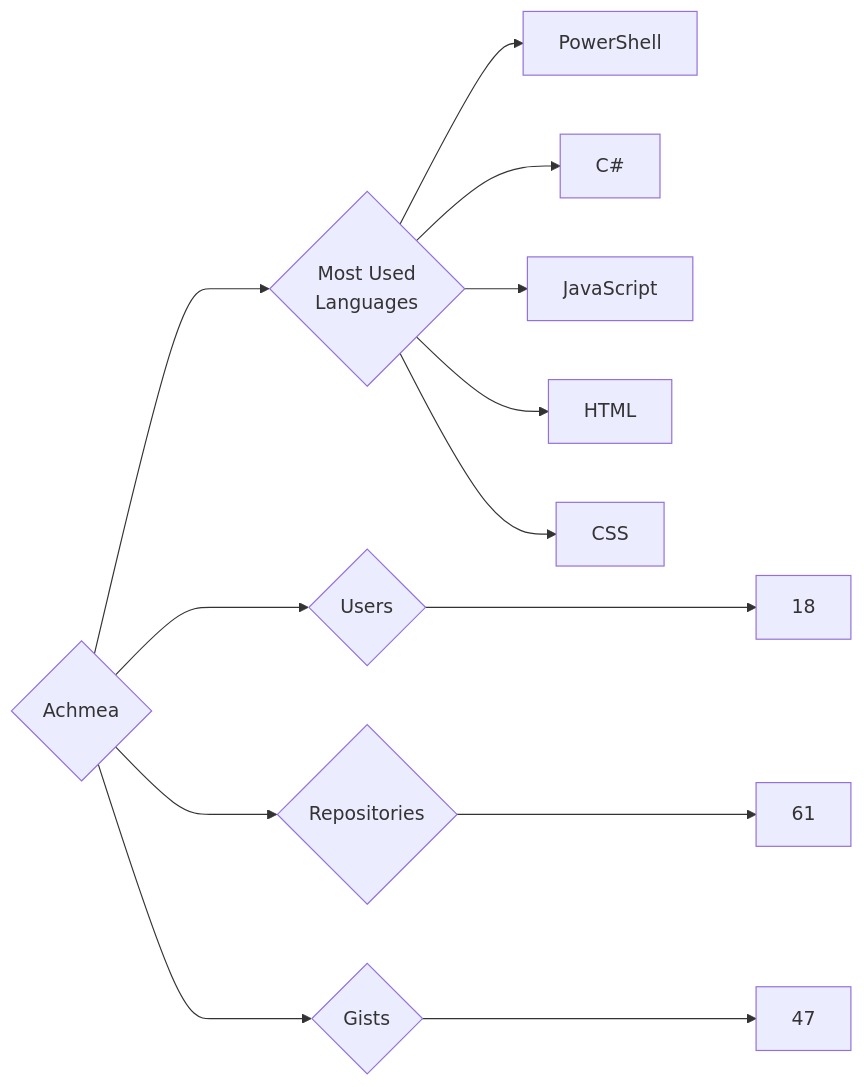
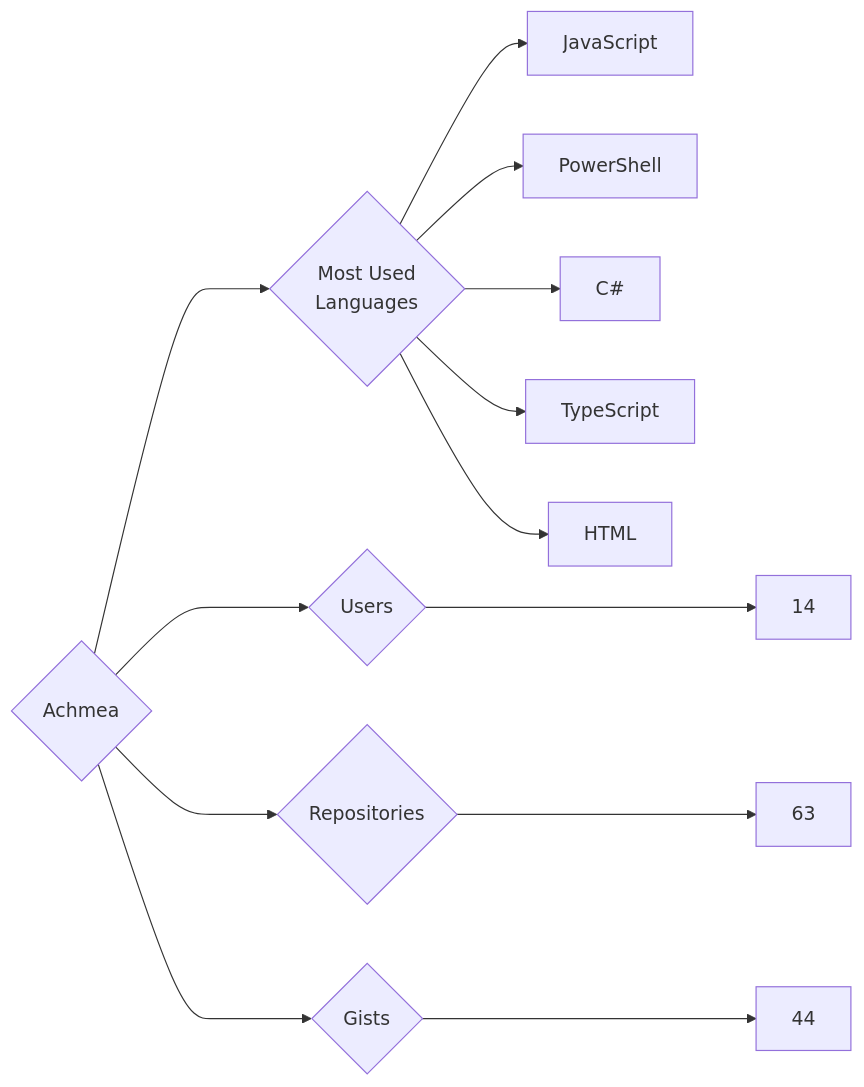
Before and after one commit to trickest/insiders: the diagram in targets/Achmea/README.md, drawn with Mermaid. The commit also changed 682 other files, not shown here.

````diff
--- a/targets/Achmea/README.md
+++ b/targets/Achmea/README.md
@@ -3,13 +3,13 @@
 ```mermaid
 graph LR
 COMPANY_NAME{Achmea}
-COMPANY_NAME ---> U{Users} ---> UN[18]
-COMPANY_NAME ---> R{Repositories} ---> RN[61]
-COMPANY_NAME ---> G{Gists} ---> GN[47]
+COMPANY_NAME ---> U{Users} ---> UN[14]
+COMPANY_NAME ---> R{Repositories} ---> RN[63]
+COMPANY_NAME ---> G{Gists} ---> GN[44]
 COMPANY_NAME ---> ML{Most Used<br>Languages}
+ML --> JavaScript[JavaScript]
 ML --> PowerShell[PowerShell]
 ML --> C#[C#]
-ML --> JavaScript[JavaScript]
+ML --> TypeScript[TypeScript]
 ML --> HTML[HTML]
-ML --> CSS[CSS]
 ```
````
